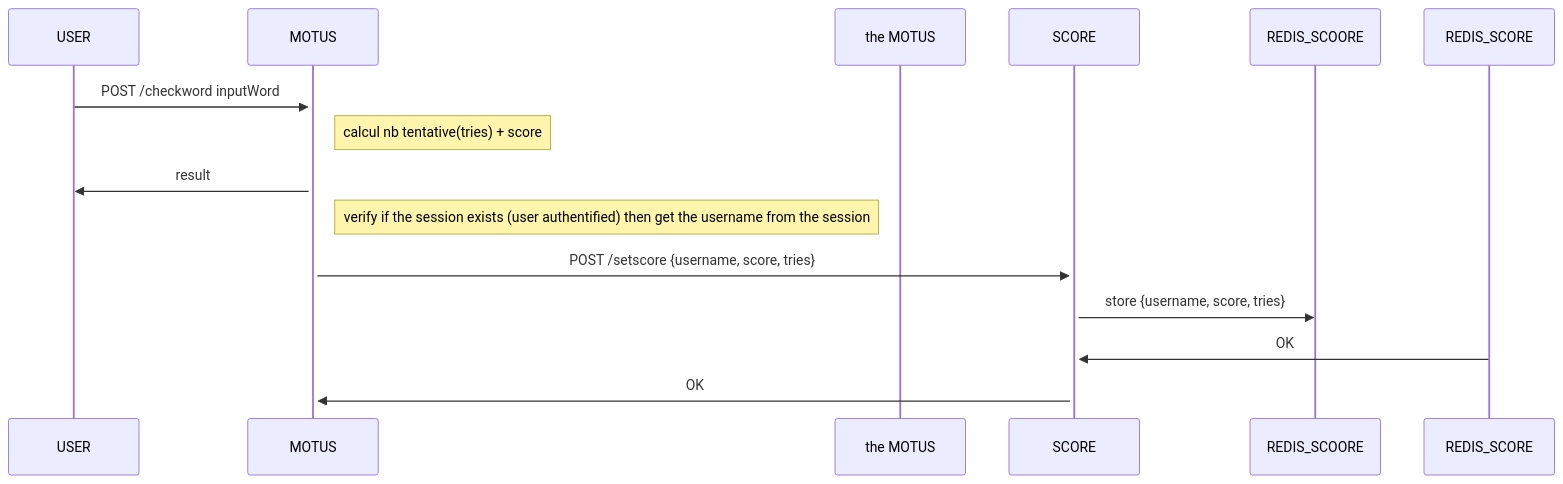
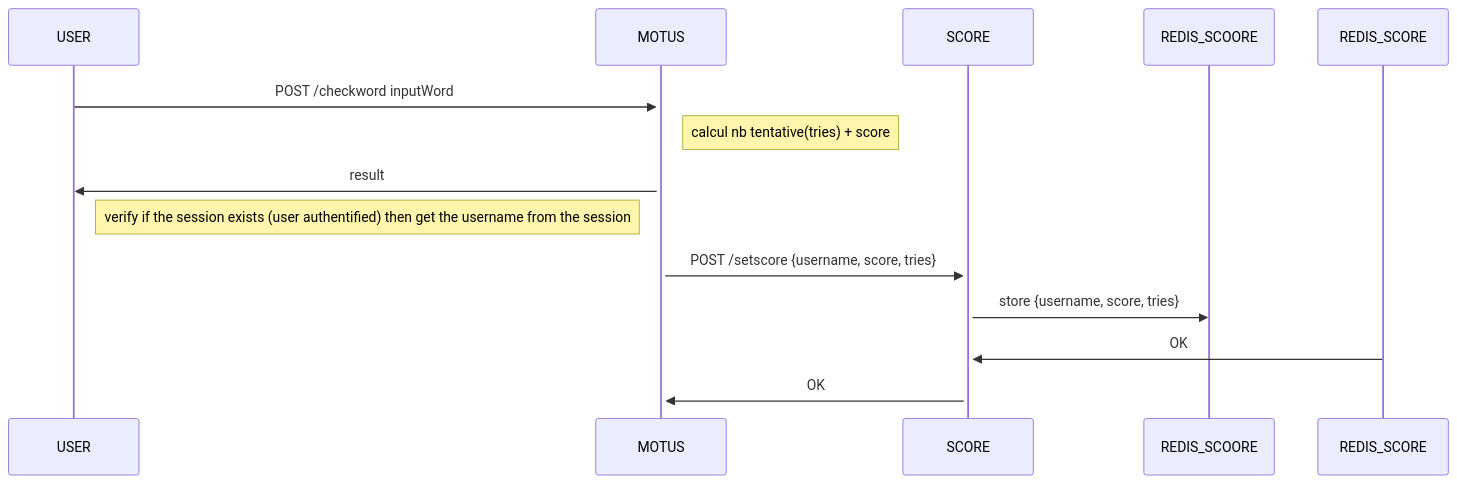
Before and after one commit to essadany/motus: the second of 3 diagrams in README.md, drawn with Mermaid.

````diff
--- a/README.md
+++ b/README.md
@@ -15,11 +15,11 @@
 ```mermaid
 sequenceDiagram
     USER->>+MOTUS:POST /checkword  inputWord
     note right of MOTUS : calcul nb tentative(tries) + score
     MOTUS->>USER : result
-    note left of the MOTUS: verify if the session exists (user authentified) then get the username from the session
+    note left of MOTUS: verify if the session exists (user authentified) then get the username from the session
     MOTUS->>+SCORE : POST /setscore {username, score, tries}
     SCORE->>REDIS_SCOORE : store {username, score, tries}
     REDIS_SCORE->>SCORE : OK
     SCORE->>MOTUS : OK
 ```
````
